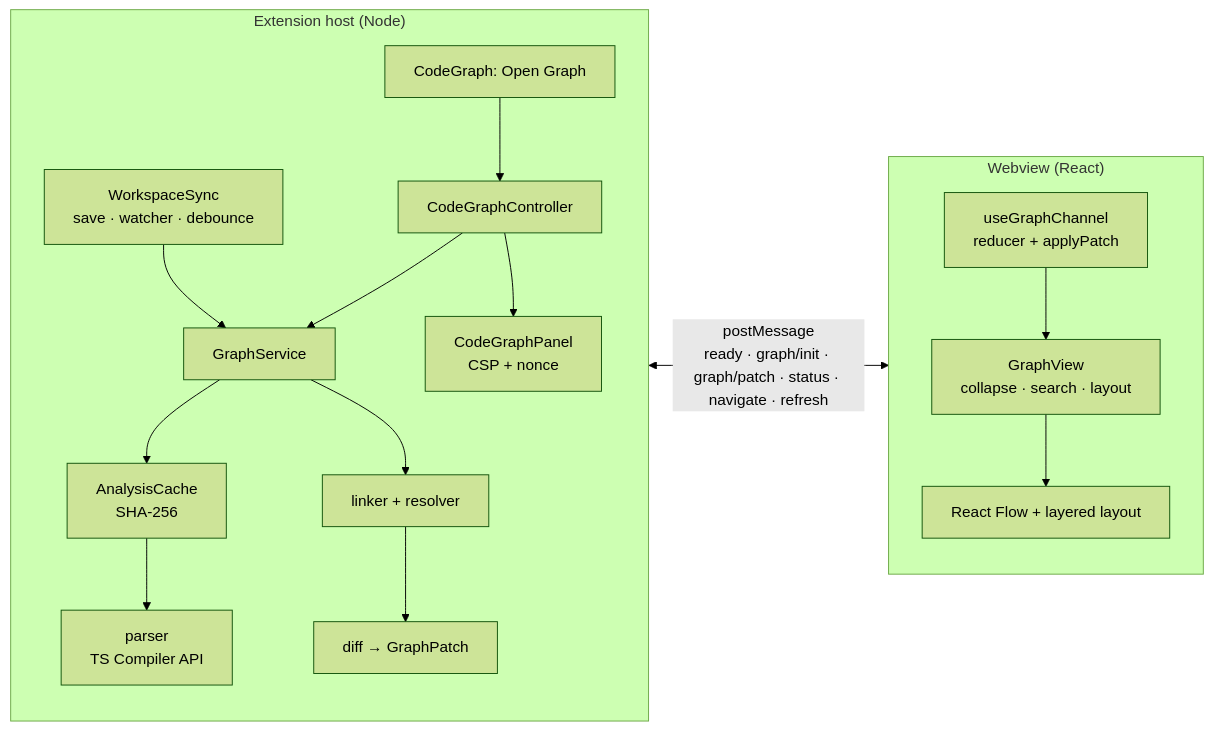
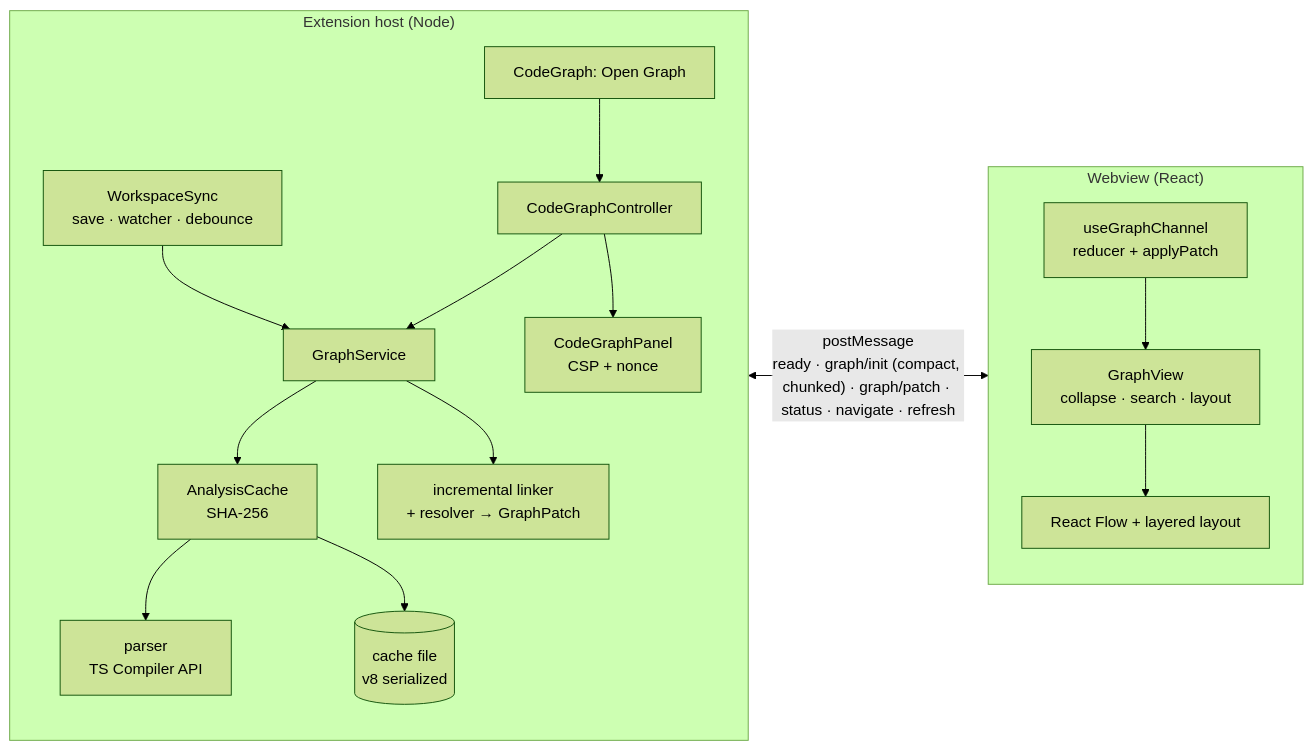
The diagram in README.md (kevincoto18/codegraph), drawn with Mermaid (forest theme) before and after one commit. The commit also changed other lines of this file and 37 other files, not shown here.

First line of the commit message:
perf(extension): scale the analysis with incremental linking and a persistent cache

````diff
--- a/README.md
+++ b/README.md
@@ -71,20 +71,20 @@
 ```mermaid
 flowchart LR
   subgraph Host["Extension host (Node)"]
     direction TB
     CMD["CodeGraph: Open Graph"] --> CTRL[CodeGraphController]
     CTRL --> SVC[GraphService]
     SYNC[WorkspaceSync<br/>save · watcher · debounce] --> SVC
     SVC --> CACHE[AnalysisCache<br/>SHA-256]
     CACHE --> PARSER[parser<br/>TS Compiler API]
-    SVC --> LINKER[linker + resolver]
-    LINKER --> DIFF[diff → GraphPatch]
+    CACHE --> STORE[(cache file<br/>v8 serialized)]
+    SVC --> LINKER[incremental linker<br/>+ resolver → GraphPatch]
     CTRL --> PANEL[CodeGraphPanel<br/>CSP + nonce]
   end
   subgraph Webview["Webview (React)"]
     direction TB
     CHANNEL[useGraphChannel<br/>reducer + applyPatch] --> VIEW[GraphView<br/>collapse · search · layout]
     VIEW --> FLOW[React Flow + layered layout]
   end
-  PANEL <-- "postMessage<br/>ready · graph/init · graph/patch · status · navigate · refresh" --> CHANNEL
+  PANEL <-- "postMessage<br/>ready · graph/init (compact, chunked) · graph/patch · status · navigate · refresh" --> CHANNEL
 ```
````
